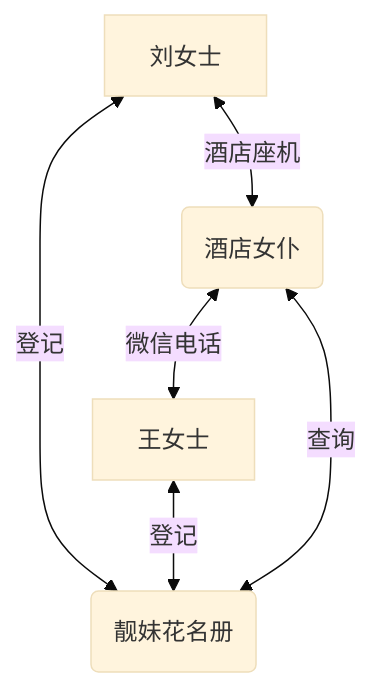
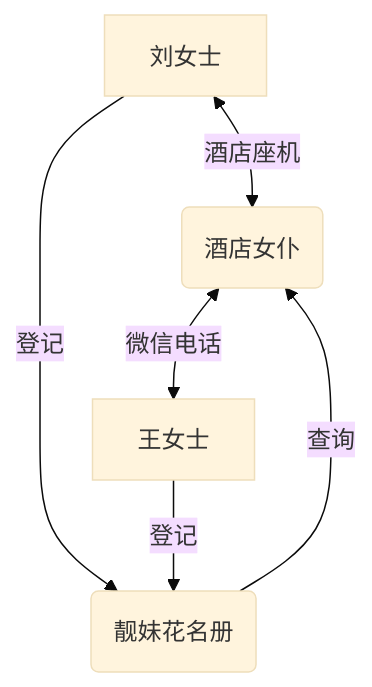
One commit to sb-child/sb-child changed the tenth of 14 diagrams in content/posts/the-comments-system.md. Above: the diagram before and after it, drawn with Mermaid (base theme). The commit also changed other lines of this file, not shown here.

````diff
--- a/content/posts/the-comments-system.md
+++ b/content/posts/the-comments-system.md
@@ -265,8 +265,8 @@
 ```mermaid
 flowchart TD
     A[刘女士] <--> |酒店座机| B(酒店女仆)
     B(酒店女仆) <--> |微信电话| C[王女士]
-    A[刘女士] <--> |登记| D(靓妹花名册)
-    C[王女士] <--> |登记| D(靓妹花名册)
-    B(酒店女仆) <--> |查询| D(靓妹花名册)
+    A[刘女士] --> |登记| D(靓妹花名册)
+    C[王女士] --> |登记| D(靓妹花名册)
+    D(靓妹花名册) --> |查询| B(酒店女仆)
 ```
````
